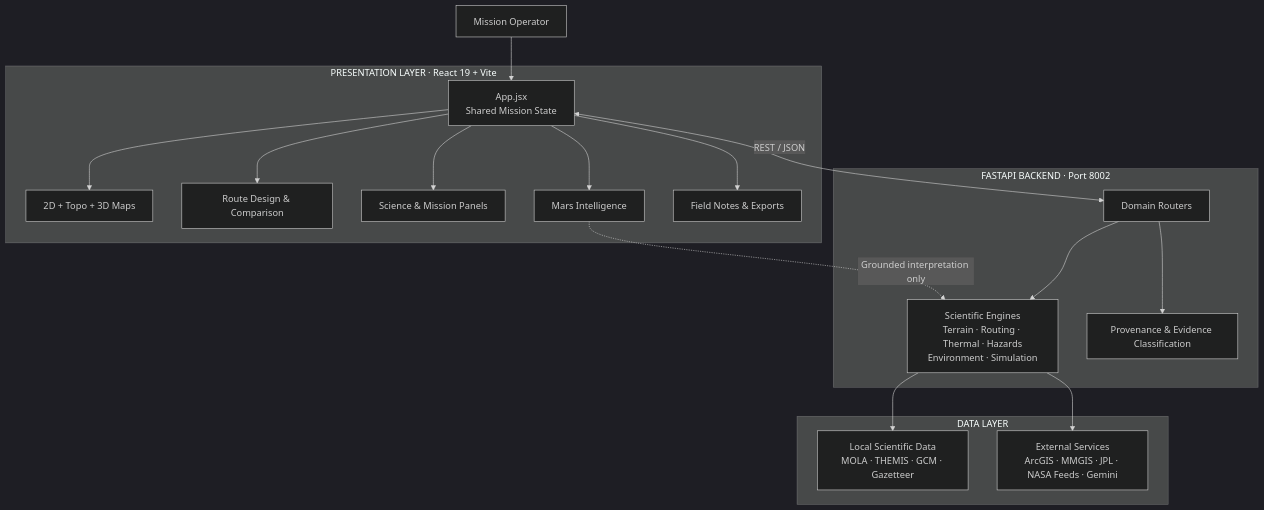
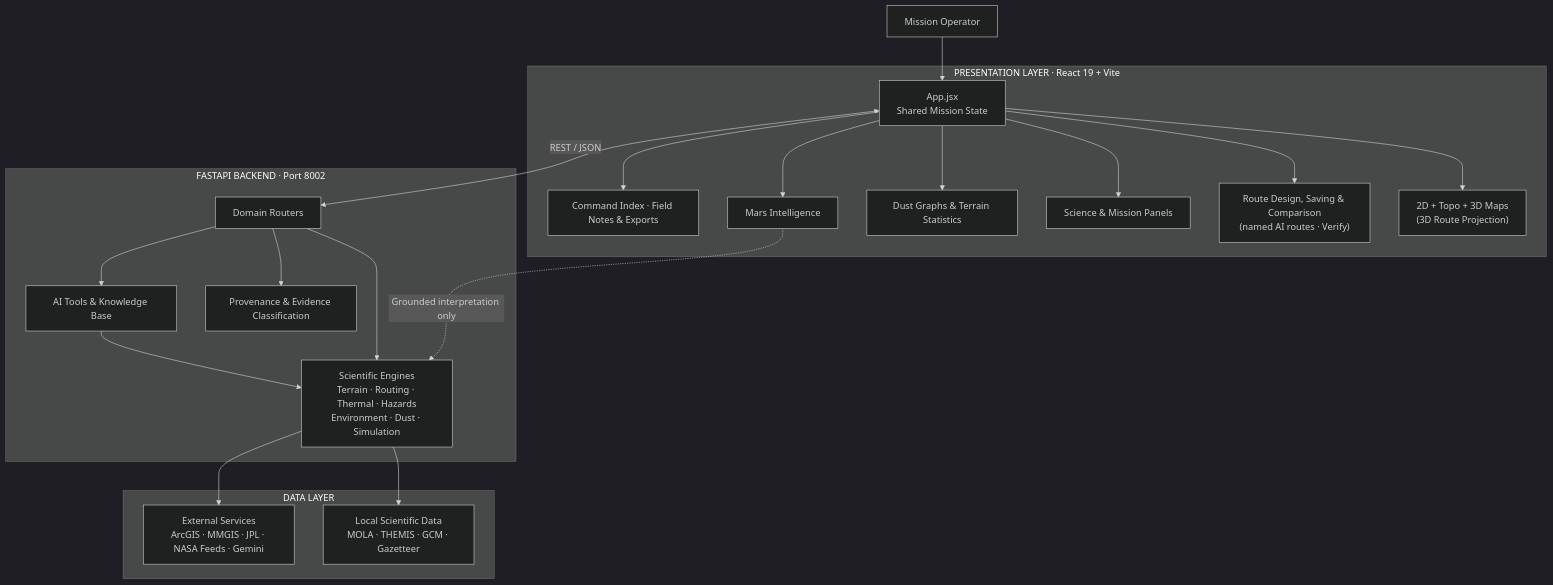
One commit to kmmohaimenulhaque-code/martian-map changed the second of 2 diagrams in README.md. Above: the diagram before and after it, drawn with Mermaid (dark theme). The commit also changed other lines of this file and 17 other files, not shown here.

First line of the commit message:
README: project tour with 17 screenshots; extend architecture diagrams

````diff
--- a/README.md
+++ b/README.md
@@ -424,32 +439,36 @@
 ```mermaid
 flowchart TB
     USER["Mission Operator"] --> APP
 
     subgraph FRONTEND["PRESENTATION LAYER · React 19 + Vite"]
         APP["App.jsx<br/>Shared Mission State"]
-        MAPS["2D + Topo + 3D Maps"]
-        ROUTE["Route Design & Comparison"]
+        MAPS["2D + Topo + 3D Maps<br/>(3D Route Projection)"]
+        ROUTE["Route Design, Saving & Comparison<br/>(named AI routes · Verify)"]
         OPS["Science & Mission Panels"]
+        DUSTM["Dust Graphs & Terrain Statistics"]
         INTEL["Mars Intelligence"]
-        NOTES["Field Notes & Exports"]
-        APP --> MAPS & ROUTE & OPS & INTEL & NOTES
+        NOTES["Command Index · Field Notes & Exports"]
+        APP --> MAPS & ROUTE & OPS & DUSTM & INTEL & NOTES
     end
 
     subgraph BACKEND["FASTAPI BACKEND · Port 8002"]
         API["Domain Routers"]
-        ENGINES["Scientific Engines<br/>Terrain · Routing · Thermal · Hazards<br/>Environment · Simulation"]
+        ENGINES["Scientific Engines<br/>Terrain · Routing · Thermal · Hazards<br/>Environment · Dust · Simulation"]
+        KBS["AI Tools & Knowledge Base"]
         PROV["Provenance & Evidence Classification"]
         API --> ENGINES
         API --> PROV
+        API --> KBS
     end
 
     subgraph DATA["DATA LAYER"]
         LOCAL["Local Scientific Data<br/>MOLA · THEMIS · GCM · Gazetteer"]
         EXT["External Services<br/>ArcGIS · MMGIS · JPL · NASA Feeds · Gemini"]
     end
 
     APP <-->|"REST / JSON"| API
     ENGINES --> LOCAL
     ENGINES --> EXT
     INTEL -.->|"Grounded interpretation only"| ENGINES
+    KBS --> ENGINES
 ```
````
